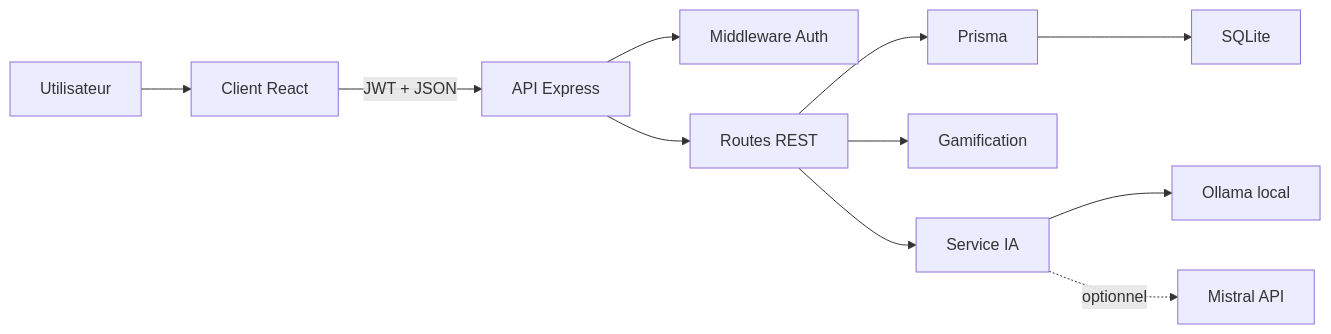
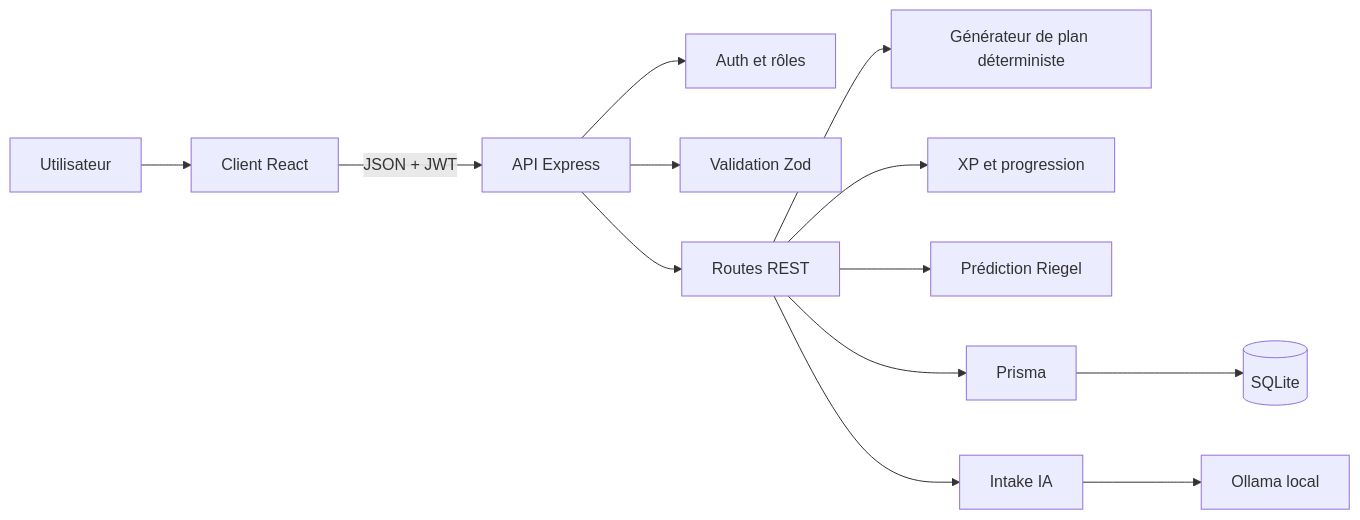
The first of 2 diagrams in README.md (MaximeLemesle/systeme), drawn with Mermaid before and after one commit. The commit also changed other lines of this file, not shown here.

````diff
--- a/README.md
+++ b/README.md
@@ -40,13 +30,15 @@
 ```mermaid
 flowchart LR
-  U["Utilisateur"] --> C["Client React"]
-  C -->|"JWT + JSON"| API["API Express"]
-  API --> AUTH["Middleware Auth"]
-  API --> ROUTES["Routes REST"]
-  ROUTES --> PRISMA["Prisma"]
-  PRISMA --> DB["SQLite"]
-  ROUTES --> GAME["Gamification"]
-  ROUTES --> AI["Service IA"]
-  AI --> OLLAMA["Ollama local"]
-  AI -. "optionnel" .-> MISTRAL["Mistral API"]
+    U[Utilisateur] --> UI[Client React]
+    UI -->|JSON + JWT| API[API Express]
+    API --> AUTH[Auth et rôles]
+    API --> ZOD[Validation Zod]
+    API --> ROUTES[Routes REST]
+    ROUTES --> PLAN[Générateur de plan déterministe]
+    ROUTES --> GAME[XP et progression]
+    ROUTES --> RIEGEL[Prédiction Riegel]
+    ROUTES --> PRISMA[Prisma]
+    PRISMA --> DB[(SQLite)]
+    ROUTES --> AI[Intake IA]
+    AI --> OLLAMA[Ollama local]
 ```
````
